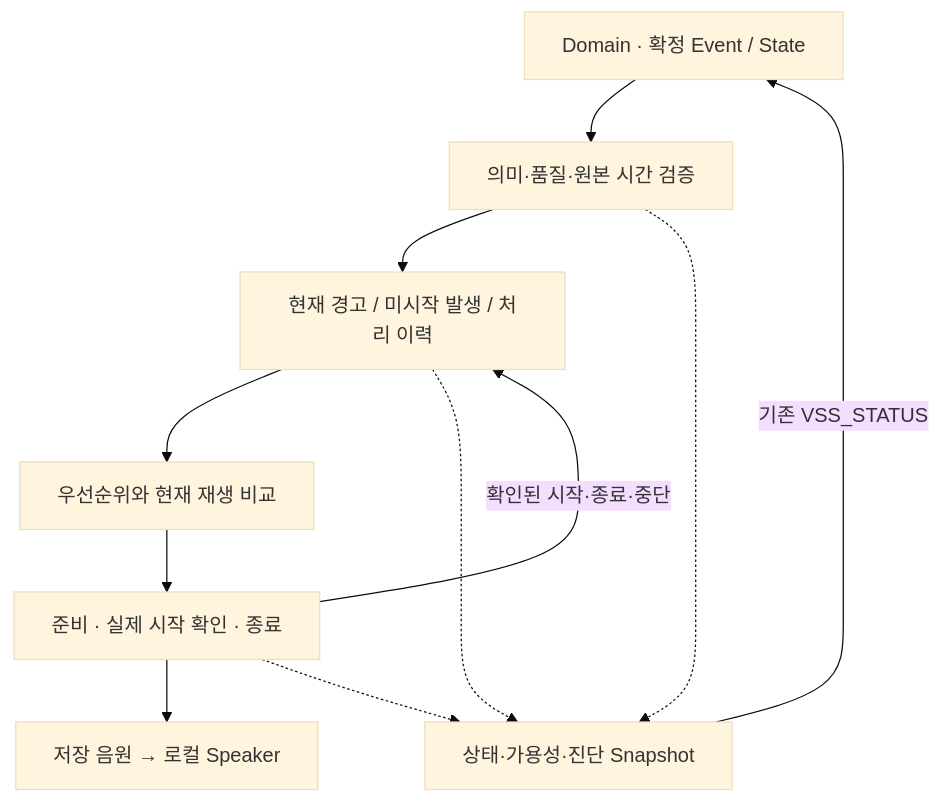
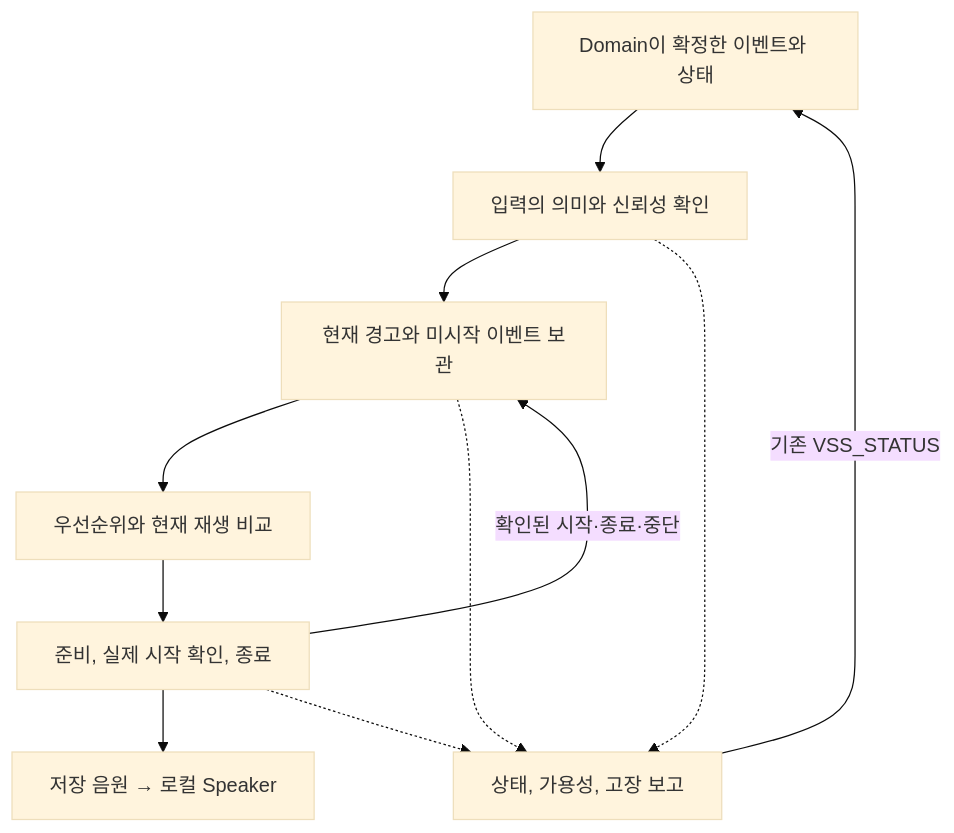
The diagram in docs/vss/VSS_function_design_draft_v0.1.md (vehicle-domain-control-system/integrated-vehicle-control), drawn with Mermaid (base theme) before and after one commit. The commit also changed other lines of this file and 1 other file, not shown here.

````diff
--- a/docs/vss/VSS_function_design_draft_v0.1.md
+++ b/docs/vss/VSS_function_design_draft_v0.1.md
@@ -59,13 +85,13 @@
 ```mermaid
 flowchart TD
-    Domain["Domain · 확정 Event / State"] --> Input["의미·품질·원본 시간 검증"]
-    Input --> Store["현재 경고 / 미시작 발생 / 처리 이력"]
+    Domain["Domain이 확정한 이벤트와 상태"] --> Input["입력의 의미와 신뢰성 확인"]
+    Input --> Store["현재 경고와 미시작 이벤트 보관"]
     Store --> Select["우선순위와 현재 재생 비교"]
-    Select --> Playback["준비 · 실제 시작 확인 · 종료"]
+    Select --> Playback["준비, 실제 시작 확인, 종료"]
     Playback --> Sound["저장 음원 → 로컬 Speaker"]
     Playback -->|"확인된 시작·종료·중단"| Store
-    Input -.-> Status["상태·가용성·진단 Snapshot"]
+    Input -.-> Status["상태, 가용성, 고장 보고"]
     Store -.-> Status
     Playback -.-> Status
     Status -->|"기존 VSS_STATUS"| Domain
 ```
````
